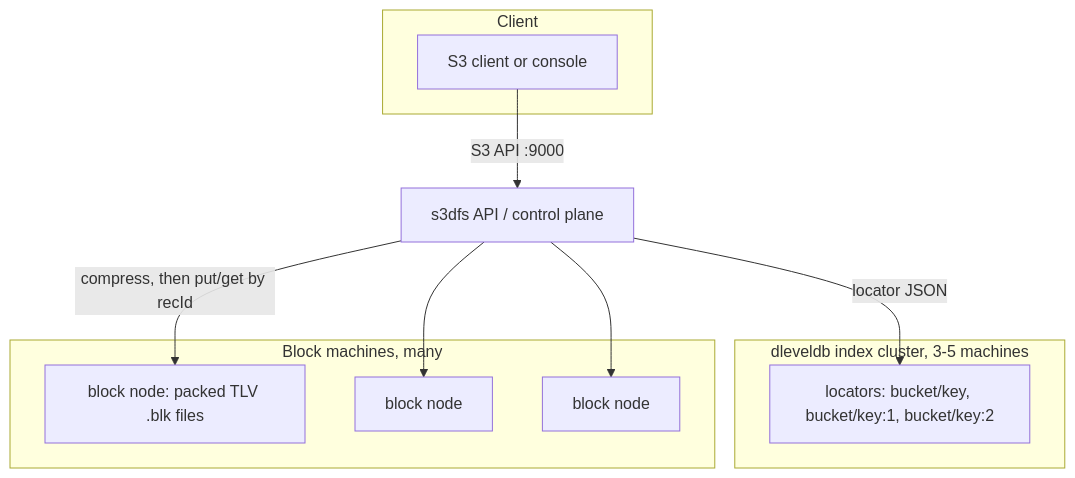
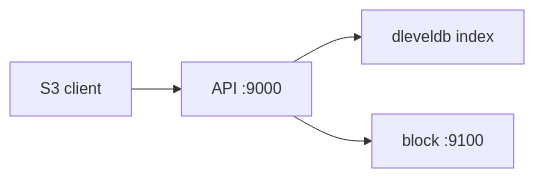
One commit to zhangxinlong633/s3dfs changed the diagram in README.md. Above: the diagram before and after it, drawn with Mermaid. The commit also changed other lines of this file and 33 other files, not shown here.

````diff
--- a/README.md
+++ b/README.md
@@ -43,22 +32,6 @@
 ```mermaid
-flowchart TB
-  subgraph Client["Client"]
-    App["S3 client or console"]
-  end
-
-  subgraph Index["dleveldb index cluster, 3-5 machines"]
-    KV["locators: bucket/key, bucket/key:1, bucket/key:2"]
-  end
-
-  subgraph Blocks["Block machines, many"]
-    B1["block node: packed TLV .blk files"]
-    B2["block node"]
-    B3["block node"]
-  end
-
-  App -->|S3 API :9000| API["s3dfs API / control plane"]
-  API -->|compress, then put/get by recId| B1
-  API --> B2
-  API --> B3
-  API -->|locator JSON| KV
+flowchart LR
+  Client["S3 client"] --> API["API :9000"]
+  API --> Index["dleveldb index"]
+  API --> Block["block :9100"]
 ```
````
